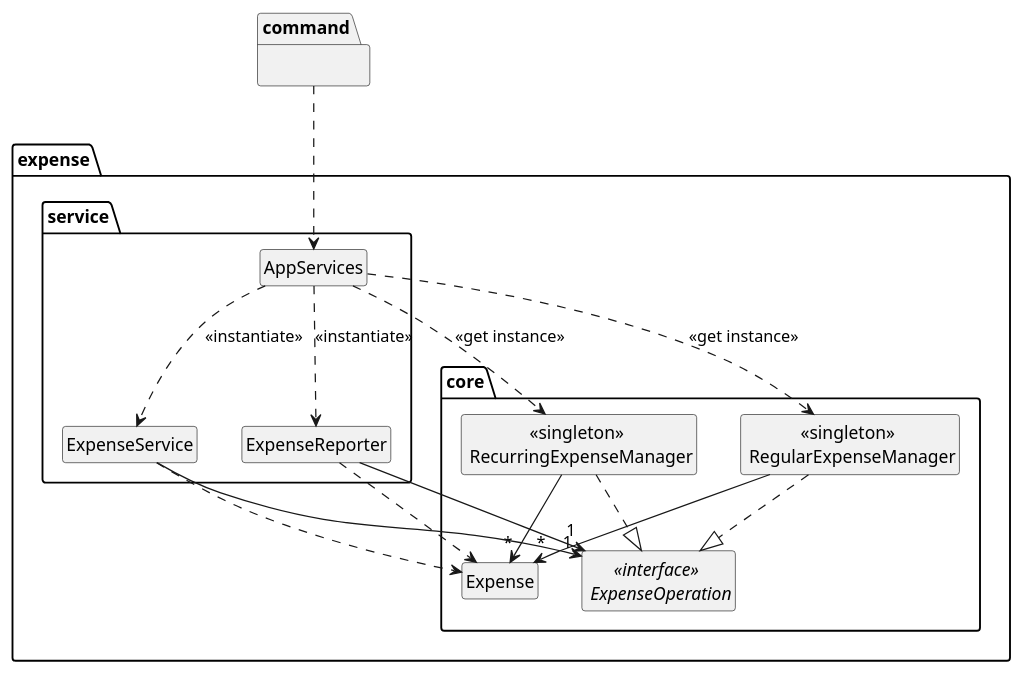
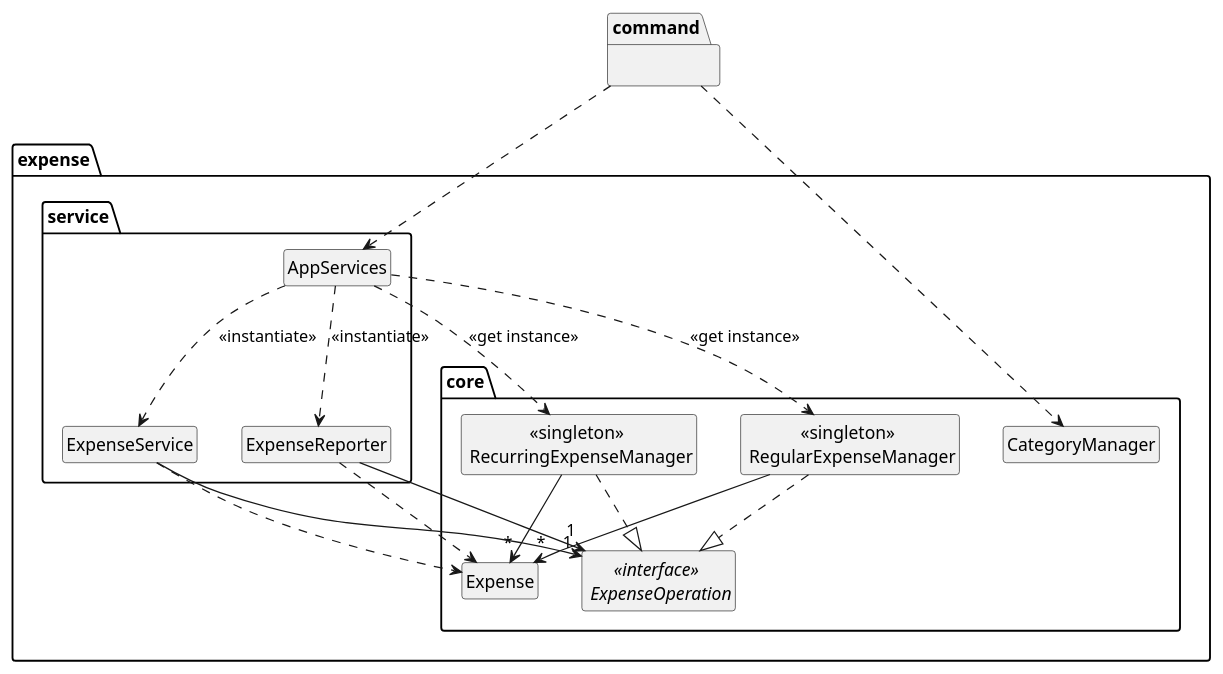
The diagram in docs/diagrams/class/Expense.puml (randust/tp), drawn with PlantUML before and after one commit. The commit also changed 9 other files, not shown here.

```diff
--- a/docs/diagrams/class/Expense.puml
+++ b/docs/diagrams/class/Expense.puml
@@ -1,57 +1,59 @@
 @startuml
 
 ' --- Style Settings (similar to the example image) ---
 
 
 ' Hide members (attributes/methods) for a higher-level view
 hide members
 hide circle
 skinparam classAttributeIconSize 0
 
 
 
 
 ' --- Diagram Definition ---
 
 package "expense.core" {
   class Expense
   interface "<<interface>> \n ExpenseOperation"
   class "<<singleton>> \n RecurringExpenseManager"
   class "<<singleton>> \n RegularExpenseManager"
+  class CategoryManager
 }
 
 package "expense.service" {
   class ExpenseService
   class ExpenseReporter
   class AppServices
 }
 package "command"{
 }
 ' --- Relationships ---
 "command" ..> AppServices
+"command" ..> CategoryManager
 ' Core Implementation
 "<<singleton>> \n RecurringExpenseManager" ..|> "<<interface>> \n ExpenseOperation"
 "<<singleton>> \n RegularExpenseManager" ..|> "<<interface>> \n ExpenseOperation"
 
 "<<singleton>> \n RegularExpenseManager" --> "*"Expense
 "<<singleton>> \n RecurringExpenseManager" -->"*" Expense
 
 ' Service Dependencies/Usage
 ExpenseService --> "1""<<interface>> \n ExpenseOperation"
 ExpenseReporter --> "1""<<interface>> \n ExpenseOperation"
 
 ExpenseService ..> Expense
 ExpenseReporter ..> Expense
 
 ' AppServices Instantiation/Usage
 ' Note: AppServices uses singletons, so it doesn't directly "create" new managers,
 ' but rather gets the existing instance. "<<use>>" or "<<get>>" might be appropriate.
 AppServices ..> "<<singleton>> \n RegularExpenseManager" : "<<get instance>>"
 AppServices ..> "<<singleton>> \n RecurringExpenseManager" : "<<get instance>>"
 
 ' AppServices creates/initializes service and reporter instances
 AppServices ..> ExpenseService : "<<instantiate>>"
 AppServices ..> ExpenseReporter : "<<instantiate>>"
 
 
 @enduml
```
